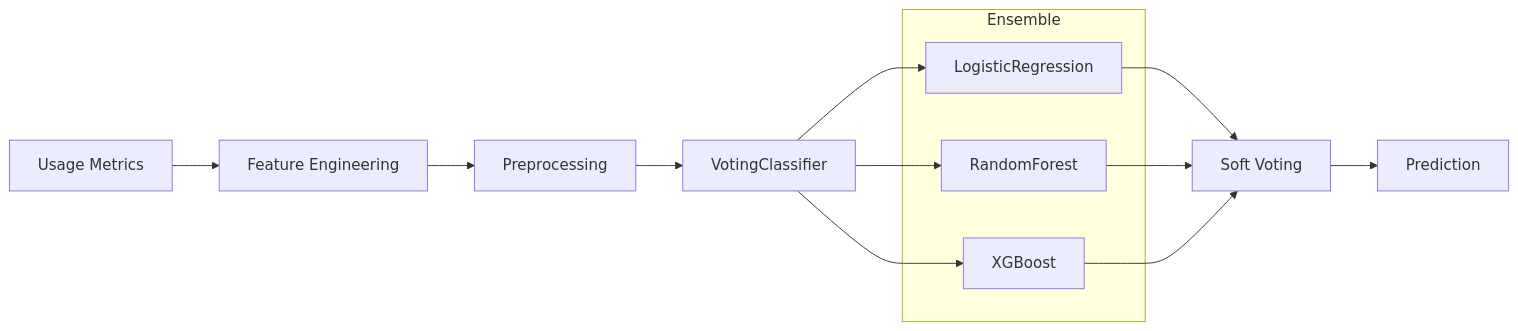
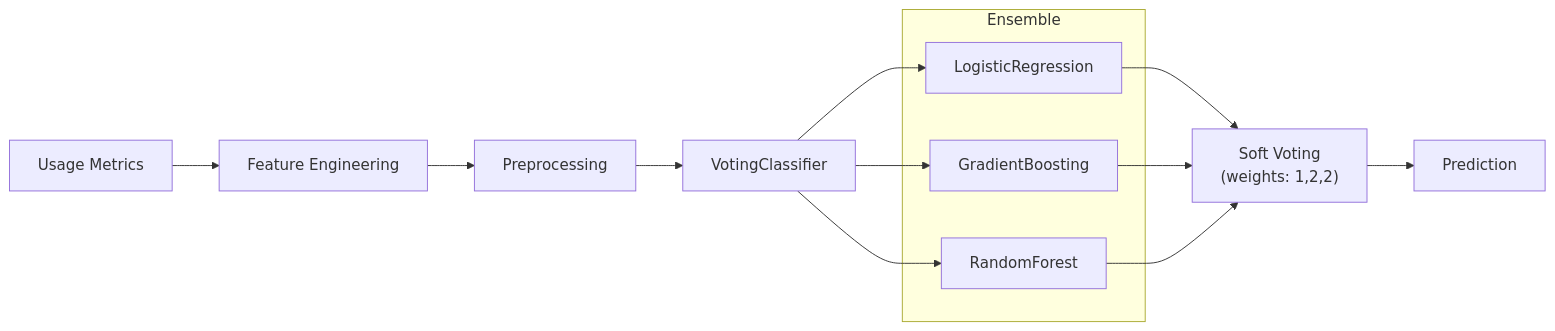
Before and after one commit to DuqueOM/ML-MLOps-Portfolio: the second of 2 diagrams in docs/projects/telecom.md, drawn with Mermaid. The commit also changed other lines of this file and 16 other files, not shown here.

````diff
--- a/docs/projects/telecom.md
+++ b/docs/projects/telecom.md
@@ -111,22 +111,22 @@
 ```mermaid
 graph LR
     INPUT["Usage Metrics"] --> FE["Feature Engineering"]
     FE --> PRE["Preprocessing"]
     PRE --> VC["VotingClassifier"]
     
     subgraph "Ensemble"
         LR["LogisticRegression"]
+        GB["GradientBoosting"]
         RF["RandomForest"]
-        XGB["XGBoost"]
     end
     
     VC --> LR
+    VC --> GB
     VC --> RF
-    VC --> XGB
     
-    LR --> VOTE["Soft Voting"]
+    LR --> VOTE["Soft Voting<br/>(weights: 1,2,2)"]
+    GB --> VOTE
     RF --> VOTE
-    XGB --> VOTE
     
     VOTE --> PRED["Prediction"]
 ```
````
